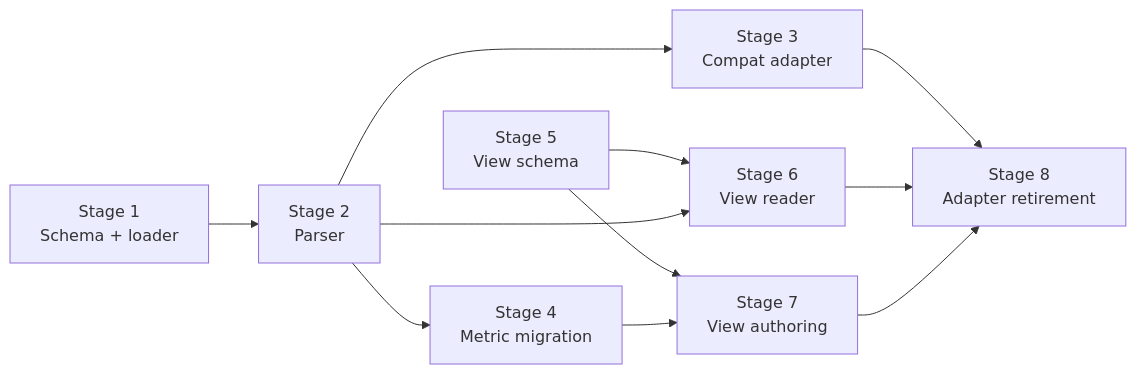
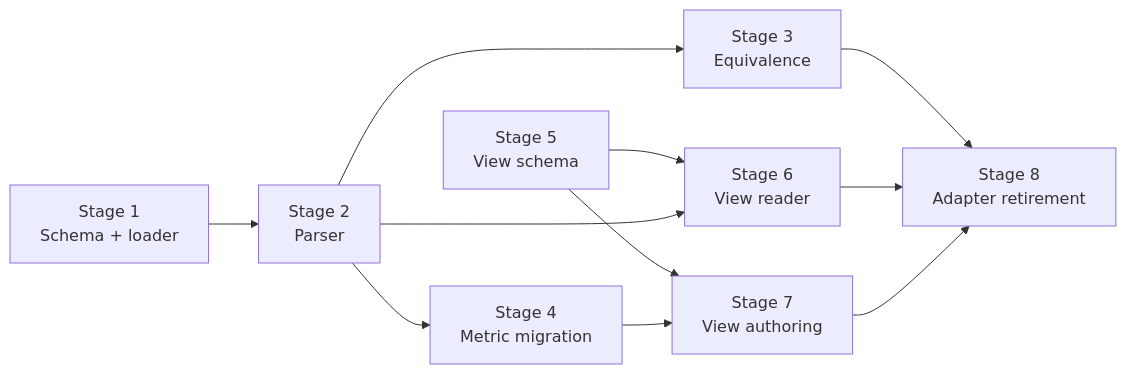
The fifth of 5 diagrams in projects/rocprofiler-compute/docs/design/analysis-config-redesign/lld-index.md (ROCm/rocm-systems), drawn with Mermaid before and after one commit. The commit also changed other lines of this file and 3 other files, not shown here.

````diff
--- a/projects/rocprofiler-compute/docs/design/analysis-config-redesign/lld-index.md
+++ b/projects/rocprofiler-compute/docs/design/analysis-config-redesign/lld-index.md
@@ -174,22 +179,22 @@
 ```mermaid
 flowchart LR
     S1["Stage 1<br/>Schema + loader"]
     S2["Stage 2<br/>Parser"]
-    S3["Stage 3<br/>Compat adapter"]
+    S3["Stage 3<br/>Equivalence"]
     S4["Stage 4<br/>Metric migration"]
     S5["Stage 5<br/>View schema"]
     S6["Stage 6<br/>View reader"]
     S7["Stage 7<br/>View authoring"]
     S8["Stage 8<br/>Adapter retirement"]
 
     S1 --> S2
     S2 --> S3
     S2 --> S4
     S5 --> S6
     S5 --> S7
     S2 --> S6
     S4 --> S7
     S3 --> S8
     S6 --> S8
     S7 --> S8
 ```
````
